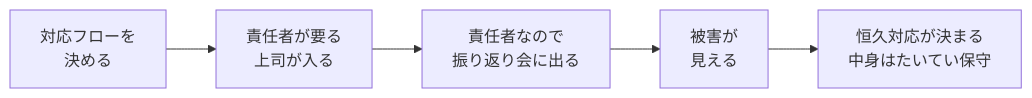
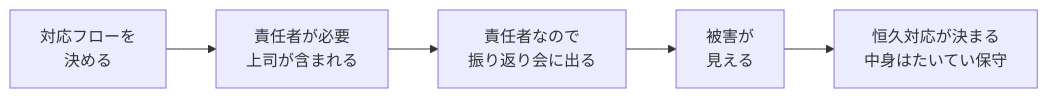
One commit to yamap55/Slide changed the fifth of 6 diagrams in 20261013/slide.md. Above: the diagram before and after it, drawn with Mermaid. The commit also changed other lines of this file, not shown here.

````diff
--- a/20261013/slide.md
+++ b/20261013/slide.md
@@ -247,7 +256,7 @@
 ```mermaid
 flowchart LR
-  A[対応フローを<br/>決める] --> B[責任者が要る<br/>上司が入る]
+  A[対応フローを<br/>決める] --> B[責任者が必要<br/>上司が含まれる]
   B --> C[責任者なので<br/>振り返り会に出る]
   C --> D[被害が<br/>見える]
   D --> E[恒久対応が決まる<br/>中身はたいてい保守]
 ```
````
